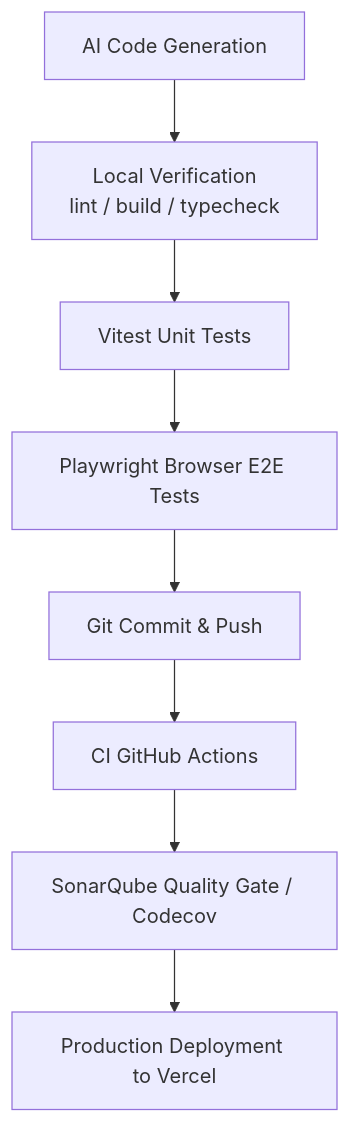
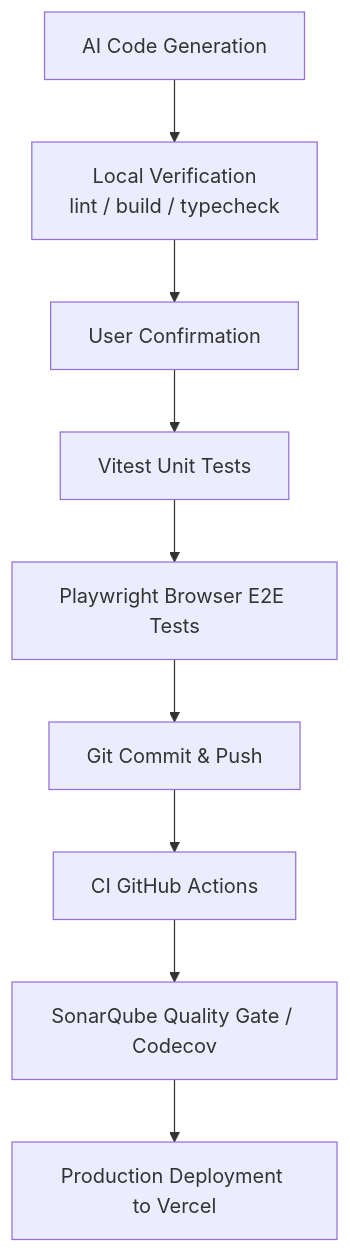
One commit to john-data-chen/sveltekit-starter-kit changed the diagram in README-cht.md. Above: the diagram before and after it, drawn with Mermaid. The commit also changed other lines of this file and 3 other files, not shown here.

````diff
--- a/README-cht.md
+++ b/README-cht.md
@@ -178,10 +186,11 @@
 ```mermaid
 graph TD
     A[AI Code Generation] --> B[Local Verification <br> lint / build / typecheck]
-    B --> C[Vitest Unit Tests]
-    C --> D[Playwright Browser E2E Tests]
-    D --> E[Git Commit & Push]
-    E --> F[CI GitHub Actions]
-    F --> G[SonarQube Quality Gate / Codecov]
-    G --> H[Production Deployment to Vercel]
+    B --> C[User Confirmation]
+    C --> D[Vitest Unit Tests]
+    D --> E[Playwright Browser E2E Tests]
+    E --> F[Git Commit & Push]
+    F --> G[CI GitHub Actions]
+    G --> H[SonarQube Quality Gate / Codecov]
+    H --> I[Production Deployment to Vercel]
 ```
````
